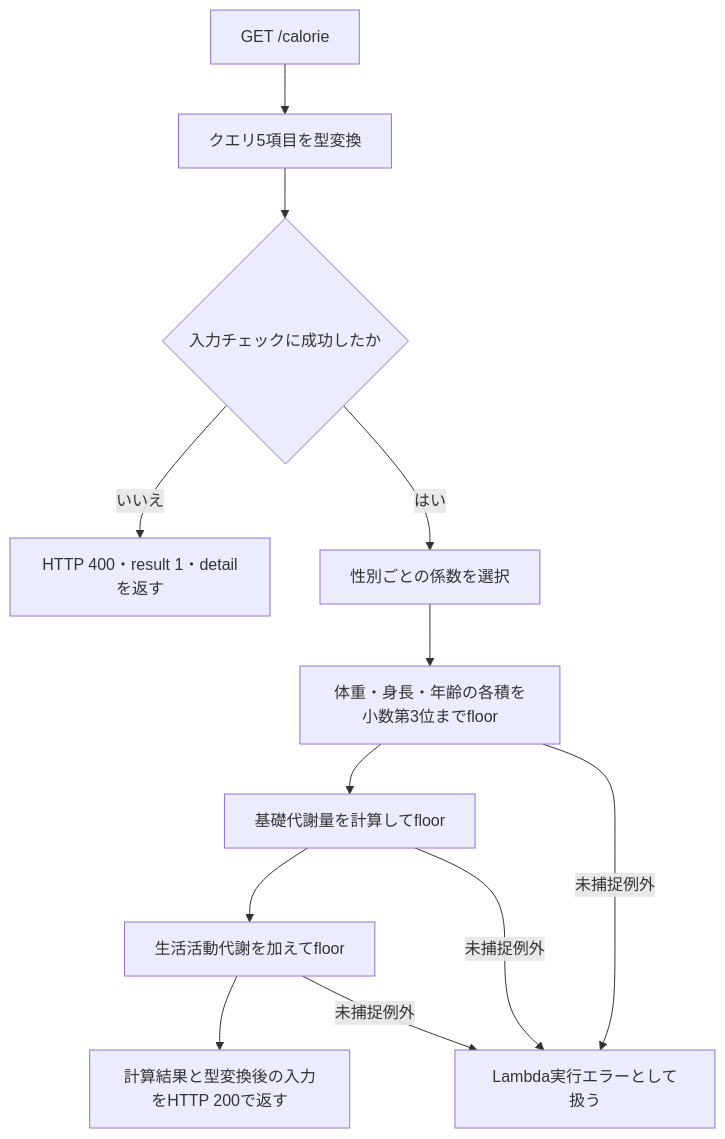
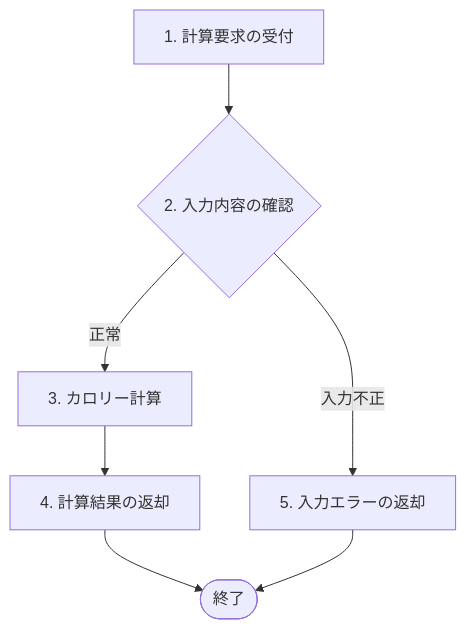
One commit to kohei-okazaki/work-3g changed the second of 2 diagrams in ha-docs/design/04_calcapi/設計書_4.3.カロリー計算API.md. Above: the diagram before and after it, drawn with Mermaid. The commit also changed other lines of this file and 67 other files, not shown here.

````diff
--- a/ha-docs/design/04_calcapi/設計書_4.3.カロリー計算API.md
+++ b/ha-docs/design/04_calcapi/設計書_4.3.カロリー計算API.md
@@ -12,14 +121,9 @@
 ```mermaid
 flowchart TD
-    Request["GET /calorie"] --> Convert["クエリ5項目を型変換"]
-    Convert --> Validate{"入力チェックに成功したか"}
-    Validate -->|いいえ| Invalid["HTTP 400・result 1・detailを返す"]
-    Validate -->|はい| Gender["性別ごとの係数を選択"]
-    Gender --> Products["体重・身長・年齢の各積を小数第3位までfloor"]
-    Products --> Base["基礎代謝量を計算してfloor"]
-    Base --> Daily["生活活動代謝を加えてfloor"]
-    Daily --> Response["計算結果と型変換後の入力をHTTP 200で返す"]
-    Products -->|未捕捉例外| Runtime["Lambda実行エラーとして扱う"]
-    Base -->|未捕捉例外| Runtime
-    Daily -->|未捕捉例外| Runtime
+    Request["1. 計算要求の受付"] --> Validate{"2. 入力内容の確認"}
+    Validate -->|正常| Calc["3. カロリー計算"]
+    Validate -->|入力不正| Error["5. 入力エラーの返却"]
+    Calc --> Response["4. 計算結果の返却"]
+    Response --> Finish(["終了"])
+    Error --> Finish
 ```
````
